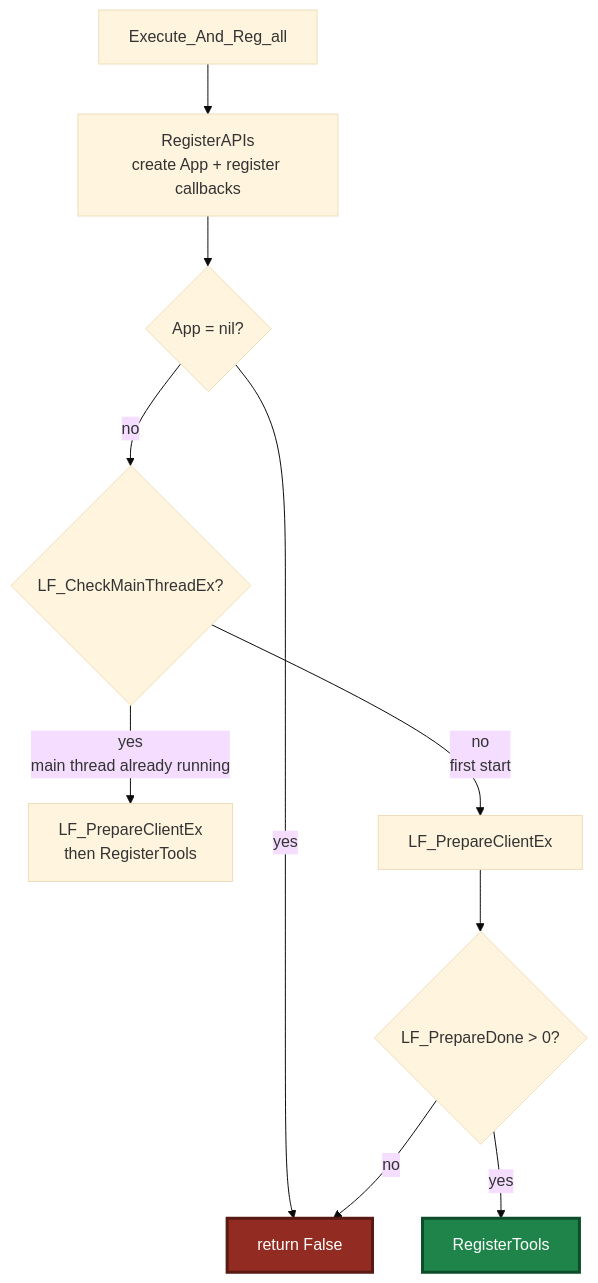
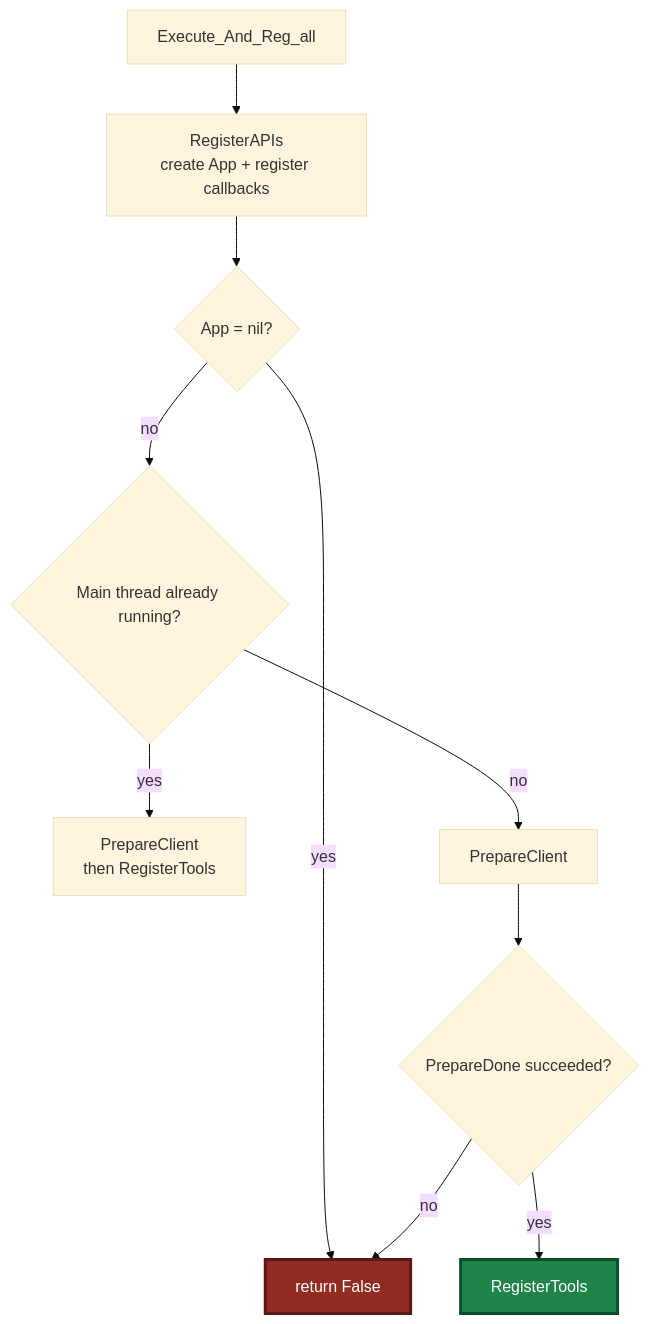
Diagram 12 of 13 in src/pascal_c_to_mcp/MCP_API_Contract.md (PassByYou888/LingoFuse-Tools), drawn with Mermaid (base theme) before and after one commit. The commit also changed other lines of this file and 35 other files, not shown here.

````diff
--- a/src/pascal_c_to_mcp/MCP_API_Contract.md
+++ b/src/pascal_c_to_mcp/MCP_API_Contract.md
@@ -1191,15 +1406,15 @@
 ```mermaid
 flowchart TD
     A["Execute_And_Reg_all"] --> B["RegisterAPIs<br/>create App + register callbacks"]
     B --> C{"App = nil?"}
     C -- "yes" --> Z["return False"]
-    C -- "no" --> D{"LF_CheckMainThreadEx?"}
-    D -- "yes<br/>main thread already running" --> E["LF_PrepareClientEx<br/>then RegisterTools"]
-    D -- "no<br/>first start" --> F["LF_PrepareClientEx"]
-    F --> G{"LF_PrepareDone > 0?"}
+    C -- "no" --> D{"Main thread already running?"}
+    D -- "yes" --> E["PrepareClient<br/>then RegisterTools"]
+    D -- "no" --> F["PrepareClient"]
+    F --> G{"PrepareDone succeeded?"}
     G -- "yes" --> H["RegisterTools"]
     G -- "no" --> Z
 
     style Z fill:#922B21,stroke:#5A1A14,stroke-width:3px,color:#FFFFFF
     style H fill:#1E8449,stroke:#0E4D2A,stroke-width:3px,color:#FFFFFF
 ```
````
